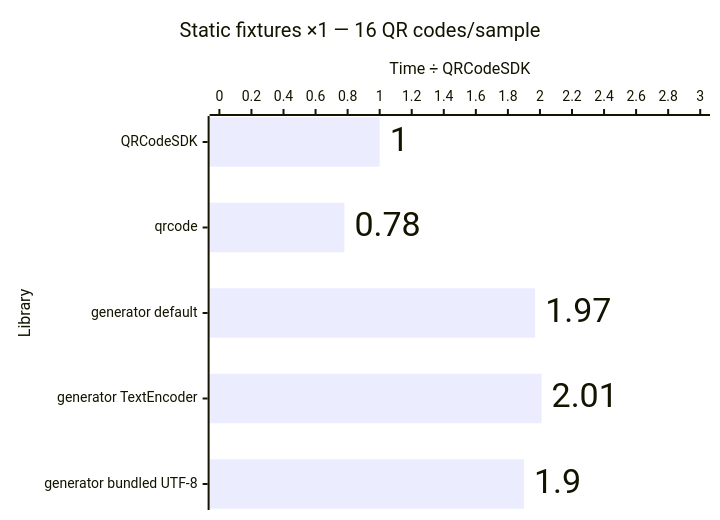
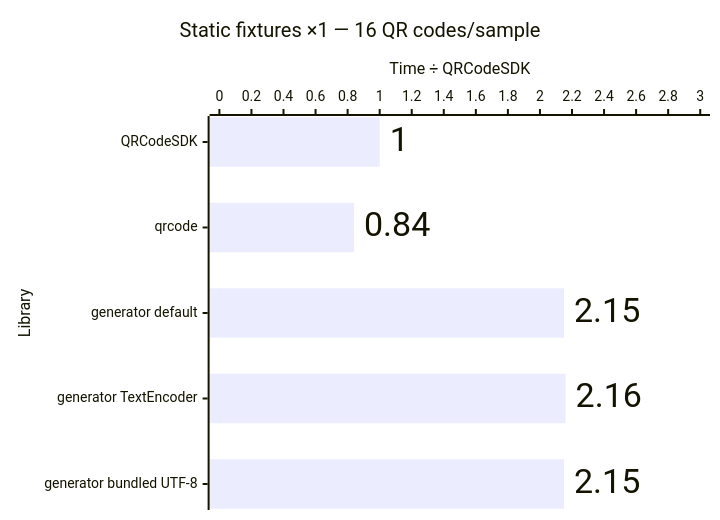
Before and after one commit to Dafnik/qrcodesdk: the seventh of 12 diagrams in apps/docs/src/content/docs/advanced/performance.md, drawn with Mermaid. The commit also changed other lines of this file and 12 other files, not shown here.

````diff
--- a/apps/docs/src/content/docs/advanced/performance.md
+++ b/apps/docs/src/content/docs/advanced/performance.md
@@ -161,15 +161,15 @@
 ```mermaid
 ---
 config:
   xyChart:
     showDataLabel: true
     showDataLabelOutsideBar: true
 ---
 xychart horizontal
   accTitle: SVG generation: Static fixtures ×1 — 16 QR codes/sample
-  accDescr: Relative median time compared with QRCodeSDK. QRCodeSDK 1.00 times, qrcode 0.78 times, generator default 1.97 times, generator TextEncoder 2.01 times, generator bundled UTF-8 1.90 times. Lower is better.
+  accDescr: Relative median time compared with QRCodeSDK. QRCodeSDK 1.00 times, qrcode 0.84 times, generator default 2.15 times, generator TextEncoder 2.16 times, generator bundled UTF-8 2.15 times. Lower is better.
   title "Static fixtures ×1 — 16 QR codes/sample"
   x-axis "Library" ["QRCodeSDK", "qrcode", "generator default", "generator TextEncoder", "generator bundled UTF-8"]
   y-axis "Time ÷ QRCodeSDK" 0 --> 3.0
-  bar [1.00, 0.78, 1.97, 2.01, 1.90]
+  bar [1.00, 0.84, 2.15, 2.16, 2.15]
 ```
````
